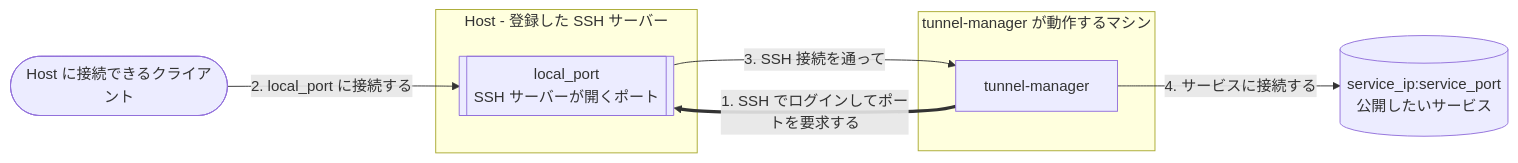
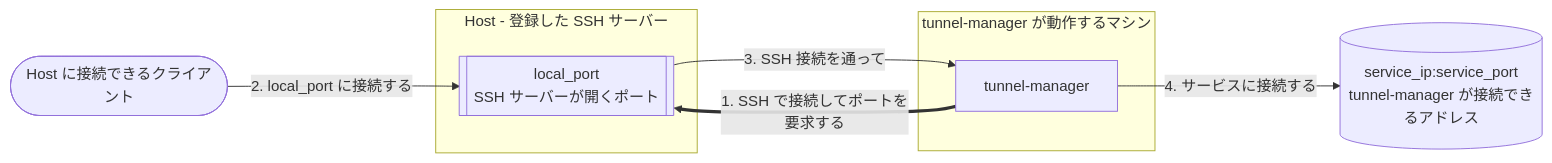
One commit to jollaman999/tunnel-manager changed the diagram in docs/README.ja.md. Above: the diagram before and after it, drawn with Mermaid. The commit also changed other lines of this file, not shown here.

````diff
--- a/docs/README.ja.md
+++ b/docs/README.ja.md
@@ -14,16 +14,16 @@
 ```mermaid
 flowchart LR
     client(["Host に接続できるクライアント"])
     subgraph host ["Host - 登録した SSH サーバー"]
         port[["local_port<br/>SSH サーバーが開くポート"]]
     end
     subgraph here ["tunnel-manager が動作するマシン"]
         tm["tunnel-manager"]
     end
-    service[("service_ip:service_port<br/>公開したいサービス")]
+    service[("service_ip:service_port<br/>tunnel-manager が接続できるアドレス")]
 
-    tm ==>|"1. SSH でログインしてポートを要求する"| port
+    tm ==>|"1. SSH で接続してポートを要求する"| port
     client -->|"2. local_port に接続する"| port
     port -->|"3. SSH 接続を通って"| tm
     tm -->|"4. サービスに接続する"| service
 ```
````
